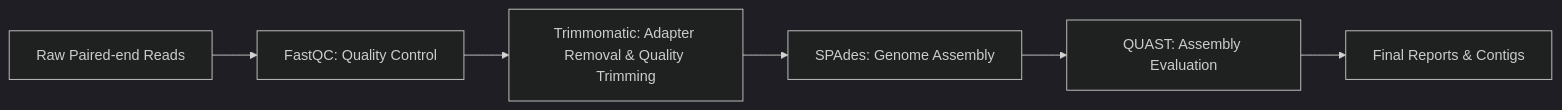
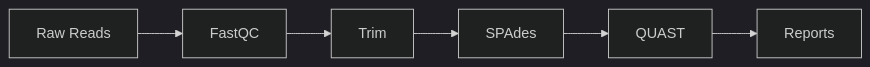
The diagram in bash-genome-assembly-pipeline/README.md (sergiodealencar/bioinformatics-engineering-portfolio), drawn with Mermaid (dark theme) before and after one commit.

````diff
--- a/bash-genome-assembly-pipeline/README.md
+++ b/bash-genome-assembly-pipeline/README.md
@@ -11,8 +11,8 @@
 ```mermaid
 flowchart LR
-    A[Raw Paired-end Reads] --> B[FastQC: Quality Control]
-    B --> C[Trimmomatic: Adapter Removal & Quality Trimming]
-    C --> D[SPAdes: Genome Assembly]
-    D --> E[QUAST: Assembly Evaluation]
-    E --> F[Final Reports & Contigs]
+  A[Raw Reads] --> B[FastQC]
+  B --> C[Trim]
+  C --> D[SPAdes]
+  D --> E[QUAST]
+  E --> F[Reports]
 ```
````
